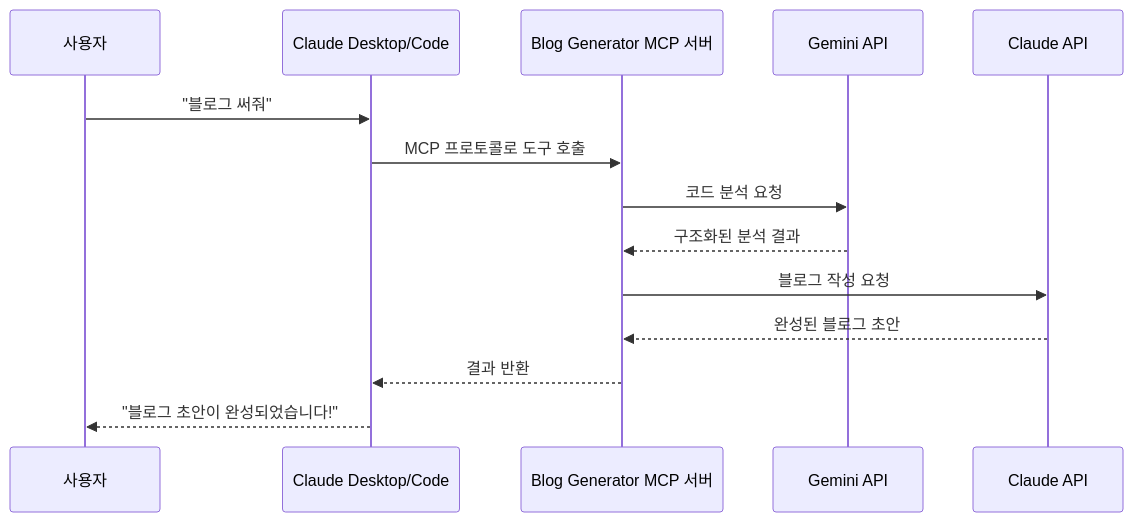
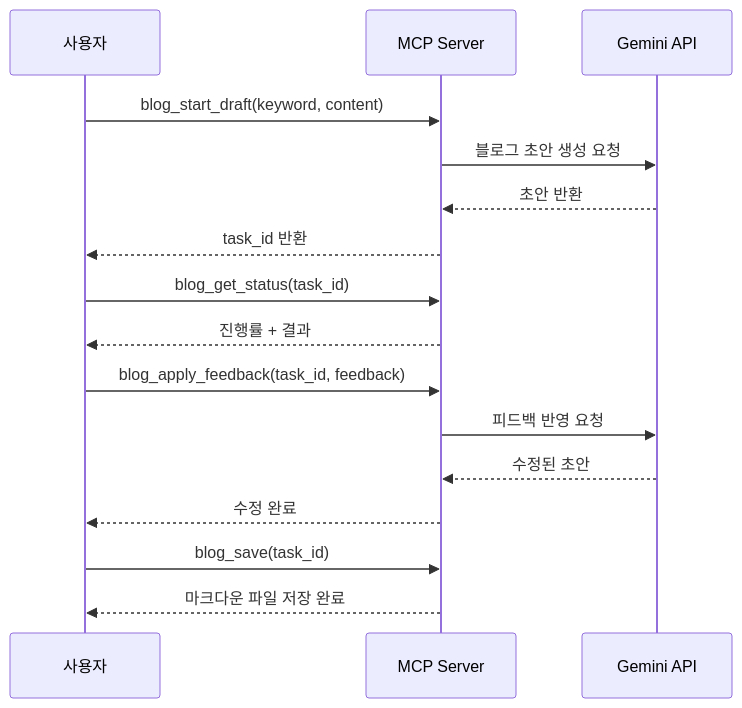
One commit to jiwon11/jiwon11.github.io changed the fifth of 9 diagrams in _posts/2026-02-06-blog-generator-mcp-개발기.md. Above: the diagram before and after it, drawn with Mermaid. The commit also changed other lines of this file and 4 other files, not shown here.

````diff
--- a/_posts/2026-02-06-blog-generator-mcp-개발기.md
+++ b/_posts/2026-02-06-blog-generator-mcp-개발기.md
@@ -32,17 +198,22 @@
 ```mermaid
 sequenceDiagram
-    participant U as 사용자
-    participant C as Claude Desktop/Code
-    participant M as Blog Generator MCP 서버
-    participant G as Gemini API
-    participant A as Claude API
+    participant User as 사용자
+    participant MCP as MCP Server
+    participant Gemini as Gemini API
 
-    U->>C: "블로그 써줘"
-    C->>M: MCP 프로토콜로 도구 호출
-    M->>G: 코드 분석 요청
-    G-->>M: 구조화된 분석 결과
-    M->>A: 블로그 작성 요청
-    A-->>M: 완성된 블로그 초안
-    M-->>C: 결과 반환
-    C-->>U: "블로그 초안이 완성되었습니다!"
+    User->>MCP: blog_start_draft(keyword, content)
+    MCP->>Gemini: 블로그 초안 생성 요청
+    Gemini-->>MCP: 초안 반환
+    MCP-->>User: task_id 반환
+
+    User->>MCP: blog_get_status(task_id)
+    MCP-->>User: 진행률 + 결과
+
+    User->>MCP: blog_apply_feedback(task_id, feedback)
+    MCP->>Gemini: 피드백 반영 요청
+    Gemini-->>MCP: 수정된 초안
+    MCP-->>User: 수정 완료
+
+    User->>MCP: blog_save(task_id)
+    MCP-->>User: 마크다운 파일 저장 완료
 ```
````
